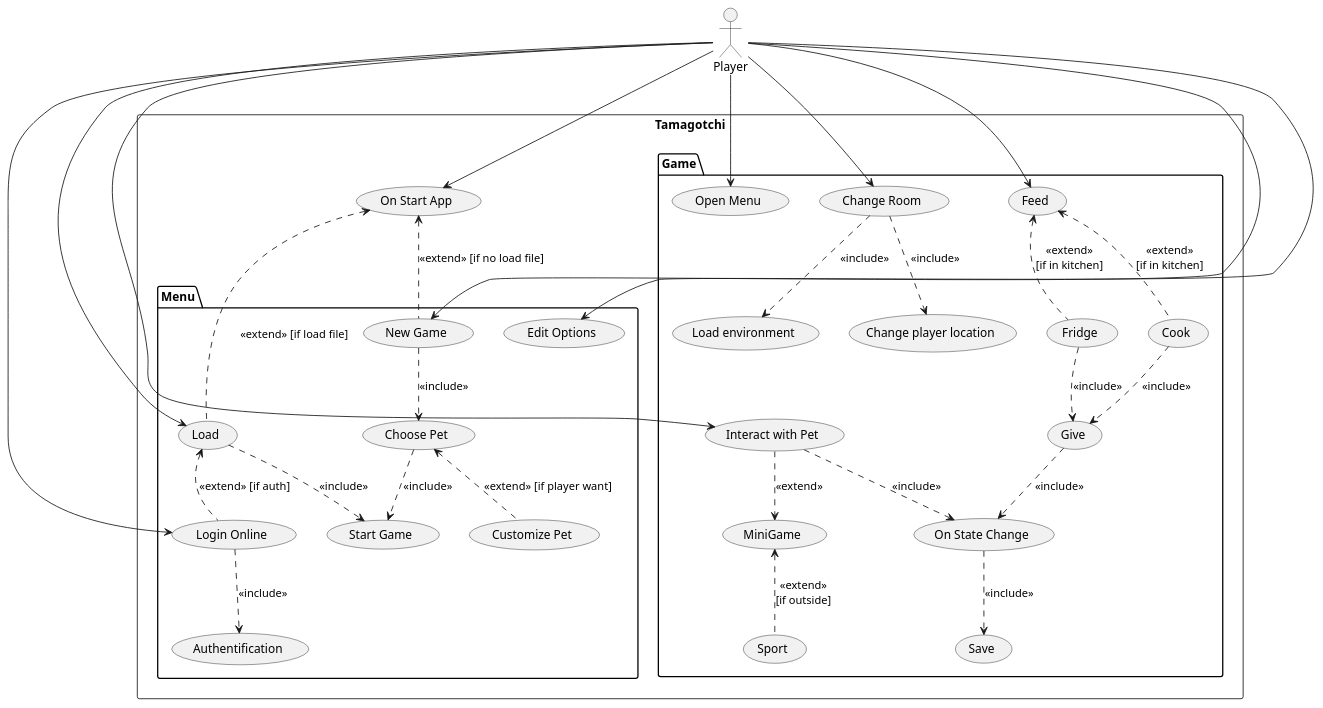
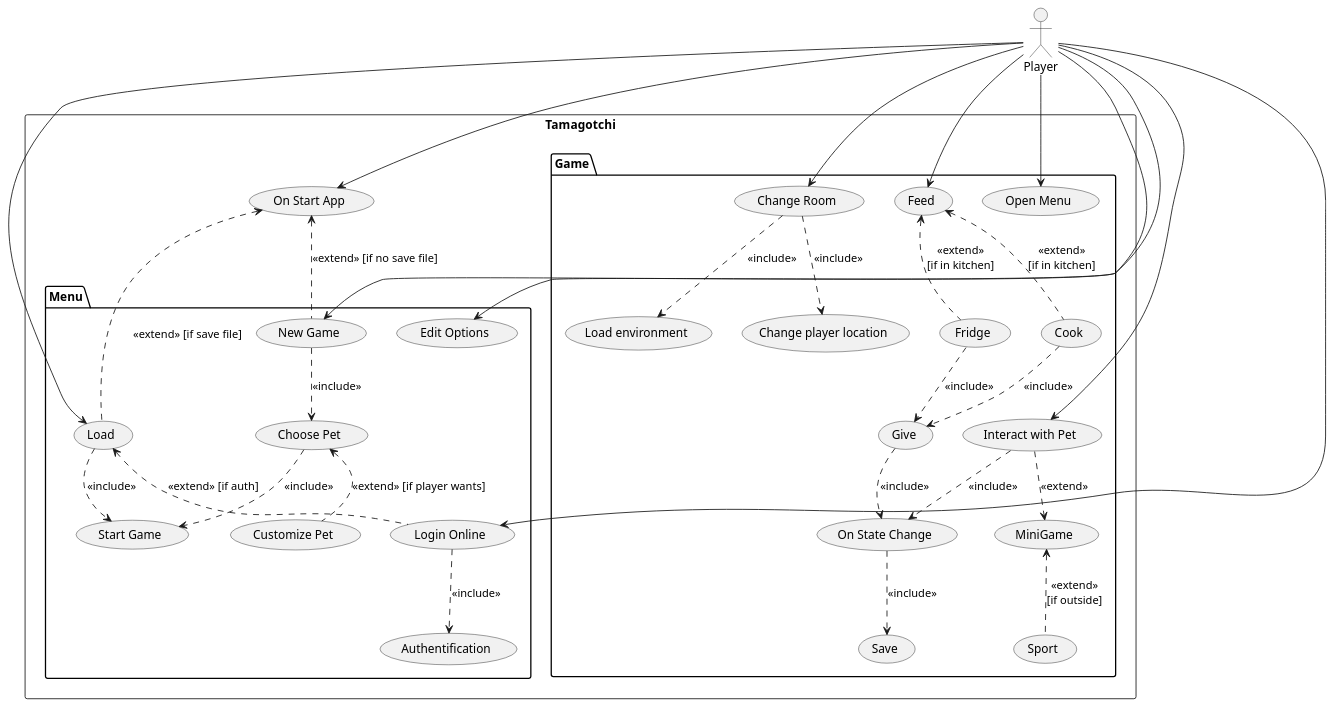
The diagram in use-case.puml (83NJAM1/Tamagotchi), drawn with PlantUML before and after one commit. The commit also changed other lines of this file, not shown here.

Commit message:
structure du code modifié

```diff
--- a/use-case.puml
+++ b/use-case.puml
@@ -1,49 +1,48 @@
 @startuml
 
 :Player: as p
 
 rectangle Tamagotchi {
 
-    (On Start App)
+    p --> (On Start App)
     
     package Menu {
+        
+        p --> (Edit Options)
+        p --> (New Game)
+        p --> (Load)
+        p --> (Login Online)
         
         (Login Online) ..> (Authentification) : <<include>>
         (New Game) ..> (Choose Pet) : <<include>>
         (Load) ..> (Start Game) : <<include>>
         (Load) <.. (Login Online) : <<extend>> [if auth]
-        (On Start App) <.. (Load) : <<extend>> [if load file]
-        (On Start App) <.. (New Game) : <<extend>> [if no load file]
-        (Choose Pet) <.. (Customize Pet) : <<extend>> [if player want]
+        (On Start App) <.. (Load) : <<extend>> [if save file]
+        (On Start App) <.. (New Game) : <<extend>> [if no save file]
+        (Choose Pet) <.. (Customize Pet) : <<extend>> [if player wants]
         (Choose Pet) ..> (Start Game) : <<include>>
         (Edit Options)
-        
     }
 
     package Game {
-        (Open Menu)
+    
+        p --> (Change Room)
+        p --> (Feed)
+        p --> (Interact with Pet)
+        p --> (Open Menu)
+        
         (Change Room) ..> (Change player location) : <<include>>
         (Change Room) ..> (Load environment) : <<include>>
         (On State Change) ..> (Save) : <<include>>
         (Give) ..> (On State Change) : <<include>>
         (Cook) ..> (Give) : <<include>>
         (Fridge) ..> (Give) : <<include>>
         (Feed) <.. (Cook) : <<extend>>\n[if in kitchen]
         (Feed) <.. (Fridge) : <<extend>>\n[if in kitchen]
         (MiniGame) <.. (Sport) : <<extend>>\n[if outside]
         (Interact with Pet) ..> (On State Change) : <<include>>
         (Interact with Pet) ..> (MiniGame) : <<extend>>
     }
-    
-    p --> (Edit Options)
-    p --> (On Start App)
-    p --> (Login Online)
-    p --> (New Game)
-    p --> (Load)
-    p --> (Change Room)
-    p --> (Feed)
-    p --> (Interact with Pet)
-    p --> (Open Menu)
 }
 
 @enduml
```
